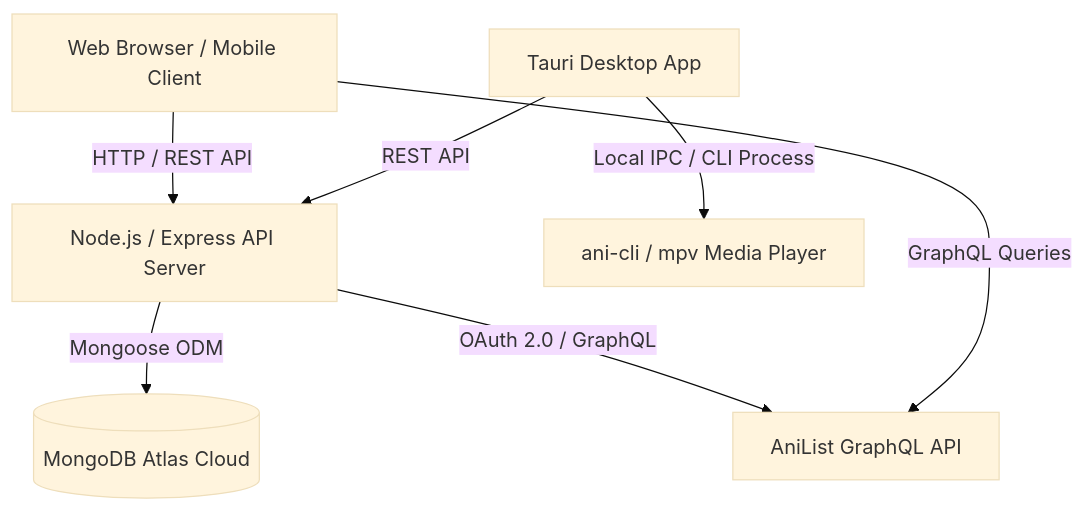
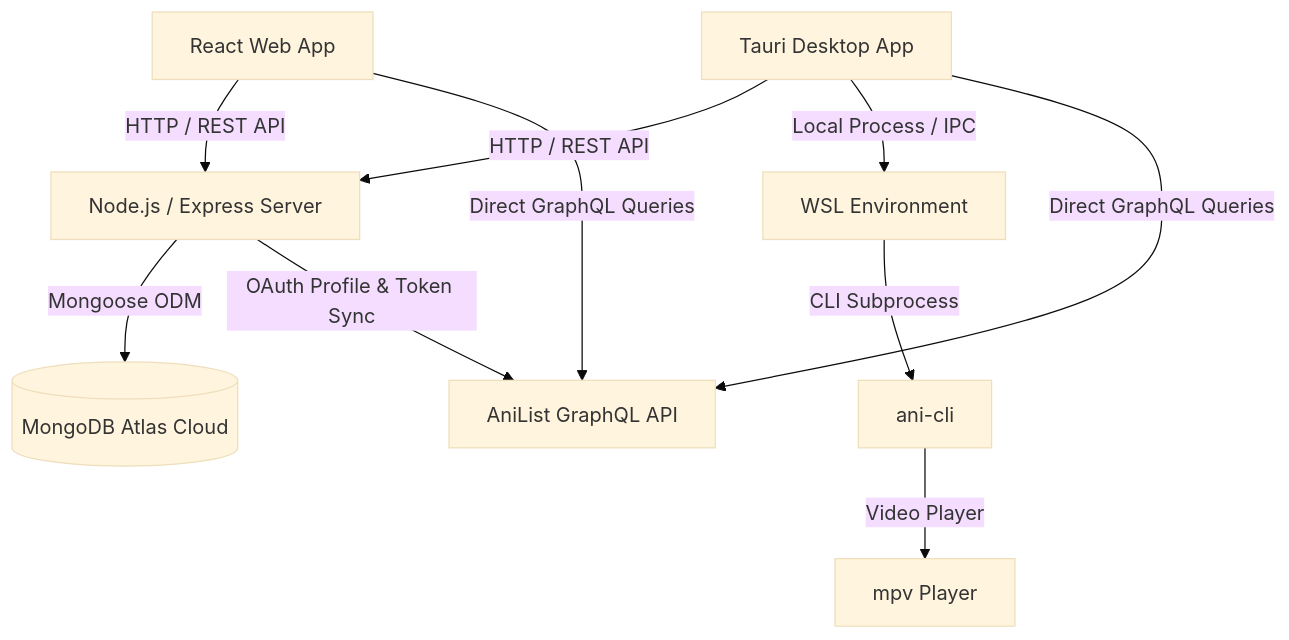
One commit to Prats1729/PALv2 changed the diagram in README.md. Above: the diagram before and after it, drawn with Mermaid (base theme). The commit also changed other lines of this file, not shown here.

Commit message:
docs: refine README with technical accuracy, live demo section, and updated architecture diagram

````diff
--- a/README.md
+++ b/README.md
@@ -66,9 +76,12 @@
 ```mermaid
 graph TD
-    ClientWeb[Web Browser / Mobile Client] -->|HTTP / REST API| Server[Node.js / Express API Server]
-    ClientTauri[Tauri Desktop App] -->|Local IPC / CLI Process| WSL[ani-cli / mpv Media Player]
-    ClientTauri -->|REST API| Server
+    ClientWeb[React Web App] -->|HTTP / REST API| Server[Node.js / Express Server]
+    ClientTauri[Tauri Desktop App] -->|HTTP / REST API| Server
+    ClientTauri -->|Local Process / IPC| WSL[WSL Environment]
+    WSL -->|CLI Subprocess| AniCli[ani-cli]
+    AniCli -->|Video Player| MPV[mpv Player]
     Server -->|Mongoose ODM| DB[(MongoDB Atlas Cloud)]
-    Server -->|OAuth 2.0 / GraphQL| AniListAPI[AniList GraphQL API]
-    ClientWeb -->|GraphQL Queries| AniListAPI
+    Server -->|OAuth Profile & Token Sync| AniListAPI[AniList GraphQL API]
+    ClientWeb -->|Direct GraphQL Queries| AniListAPI
+    ClientTauri -->|Direct GraphQL Queries| AniListAPI
 ```
````
